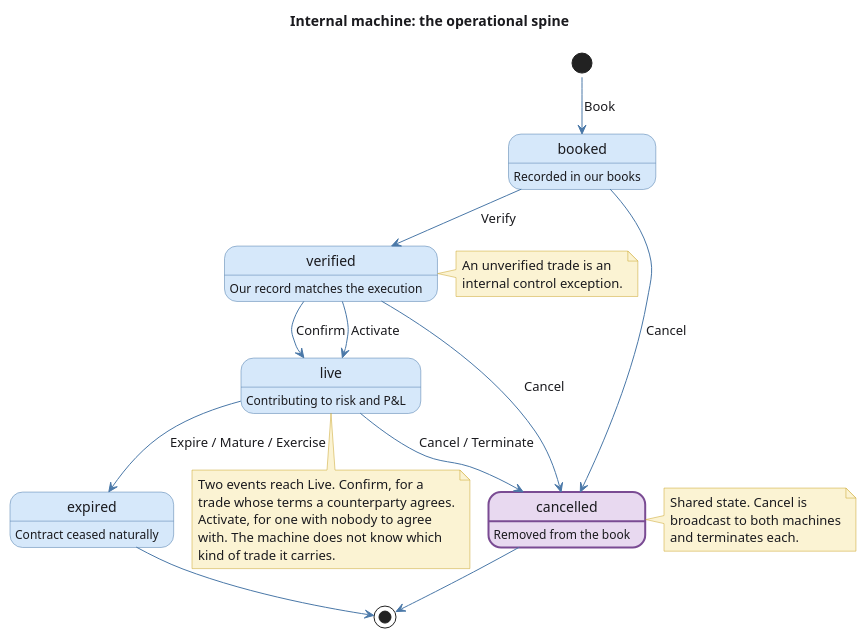
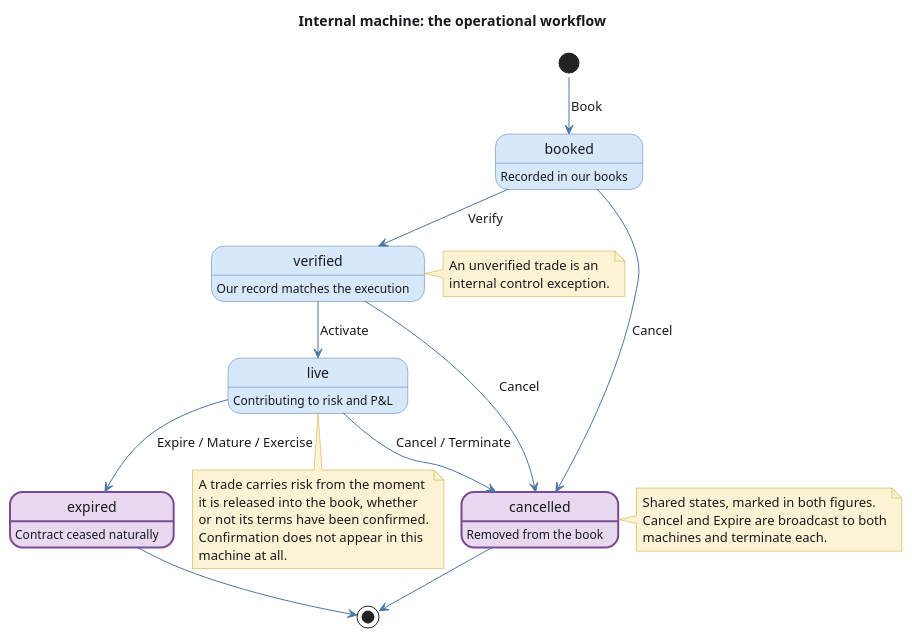
The diagram in doc/knowledge/domain/trade_lifecycle_internal.puml (OreStudio/OreStudio), drawn with PlantUML before and after one commit. The commit also changed 7 other files, not shown here.

First line of the commit message:
[doc] Make a trade live before it is confirmed, and share expired

```diff
--- a/doc/knowledge/domain/trade_lifecycle_internal.puml
+++ b/doc/knowledge/domain/trade_lifecycle_internal.puml
@@ -18,66 +18,65 @@
 @startuml
 !pragma layout smetana
 
-title Internal machine: the operational spine
+title Internal machine: the operational workflow
 
 skinparam state {
     BackgroundColor #D6E8FA
     BorderColor #4A78A8
     FontColor #1A1A1E
     AttributeFontColor #3A3A3E
     ArrowColor #4A78A8
     ArrowFontColor #1A1A1E
     StartColor #4A78A8
     EndColor #4A78A8
 }
 skinparam note {
     BackgroundColor #FBF3D3
     BorderColor #C9A227
     FontColor #1A1A1E
 }
 skinparam BackgroundColor white
 skinparam DefaultFontColor #1A1A1E
 
 state "booked" as Booked
 state "verified" as Verified
 state "live" as Live
-state "expired" as Expired
+state "expired" as Expired #E8D9F0 ##[bold]7A4B93
 state "cancelled" as Cancelled #E8D9F0 ##[bold]7A4B93
 
 Booked : Recorded in our books
 Verified : Our record matches the execution
 Live : Contributing to risk and P&L
 Expired : Contract ceased naturally
 Cancelled : Removed from the book
 
 [*] --> Booked : Book
 Booked --> Verified : Verify
-Verified --> Live : Confirm
 Verified --> Live : Activate
 Live --> Expired : Expire / Mature / Exercise
 Booked --> Cancelled : Cancel
 Verified --> Cancelled : Cancel
 Live --> Cancelled : Cancel / Terminate
 Expired --> [*]
 Cancelled --> [*]
 
 note right of Verified
   An unverified trade is an
   internal control exception.
 end note
 
 note bottom of Live
-  Two events reach Live. Confirm, for a
-  trade whose terms a counterparty agrees.
-  Activate, for one with nobody to agree
-  with. The machine does not know which
-  kind of trade it carries.
+  A trade carries risk from the moment
+  it is released into the book, whether
+  or not its terms have been confirmed.
+  Confirmation does not appear in this
+  machine at all.
 end note
 
 note right of Cancelled
-  Shared state. Cancel is
-  broadcast to both machines
-  and terminates each.
+  Shared states, marked in both figures.
+  Cancel and Expire are broadcast to both
+  machines and terminate each.
 end note
 
 @enduml
```
